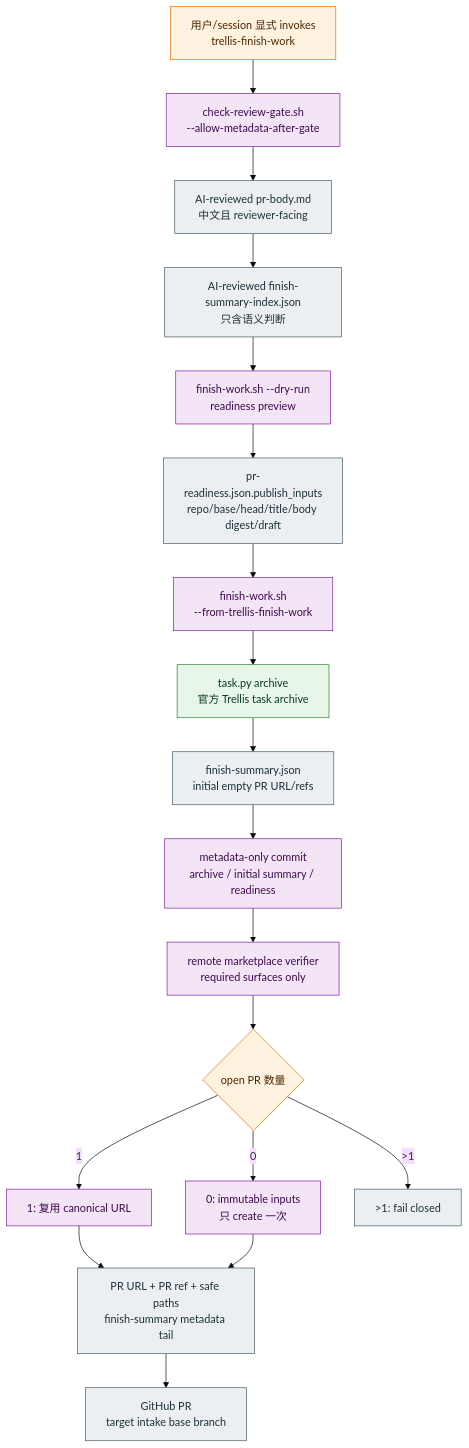
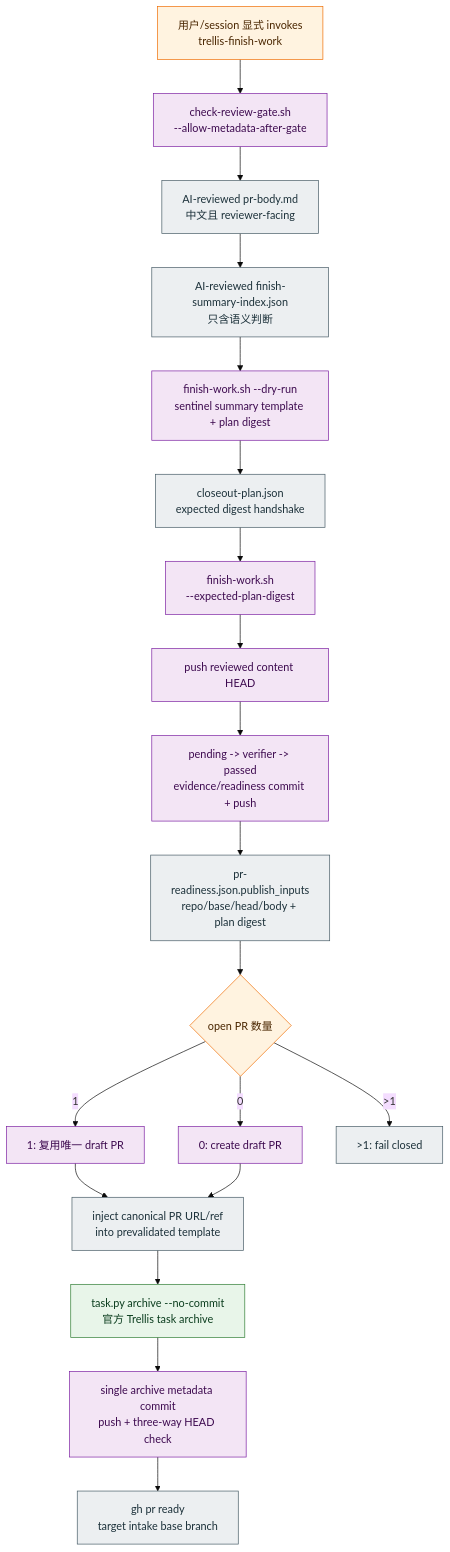
Before and after one commit to castbox/guru-trellis: the sixth of 6 diagrams in docs/requirements/guru-team-trellis-flow.md, drawn with Mermaid (base theme). The commit also changed other lines of this file and 46 other files, not shown here.

First line of the commit message:
fix(workflow): #105 重构 finish-work 收尾事务

````diff
--- a/docs/requirements/guru-team-trellis-flow.md
+++ b/docs/requirements/guru-team-trellis-flow.md
@@ -345,30 +345,31 @@
 ```mermaid
 flowchart TD
   Start["用户/session 显式 invokes<br/>trellis-finish-work"]:::guru
   CheckGate["check-review-gate.sh<br/>--allow-metadata-after-gate"]:::script
   Body["AI-reviewed pr-body.md<br/>中文且 reviewer-facing"]:::artifact
-  Dry["finish-work.sh --dry-run<br/>readiness preview"]:::script
+  Dry["finish-work.sh --dry-run<br/>sentinel summary template + plan digest"]:::script
   Index["AI-reviewed finish-summary-index.json<br/>只含语义判断"]:::artifact
-  Readiness["pr-readiness.json.publish_inputs<br/>repo/base/head/title/body digest/draft"]:::artifact
-  Formal["finish-work.sh<br/>--from-trellis-finish-work"]:::script
-  Archive["task.py archive<br/>官方 Trellis task archive"]:::trellis
-  Initial["finish-summary.json<br/>initial empty PR URL/refs"]:::artifact
-  MetaCommit["metadata-only commit<br/>archive / initial summary / readiness"]:::script
-  Verify["remote marketplace verifier<br/>required surfaces only"]:::script
+  Plan["closeout-plan.json<br/>expected digest handshake"]:::artifact
+  Readiness["pr-readiness.json.publish_inputs<br/>repo/base/head/body + plan digest"]:::artifact
+  Formal["finish-work.sh<br/>--expected-plan-digest"]:::script
+  Content["push reviewed content HEAD"]:::script
+  Verify["pending -> verifier -> passed<br/>evidence/readiness commit + push"]:::script
   Resolve{"open PR 数量"}:::guru
-  Reuse["1: 复用 canonical URL"]:::script
-  Create["0: immutable inputs<br/>只 create 一次"]:::script
+  Reuse["1: 复用唯一 draft PR"]:::script
+  Create["0: create draft PR"]:::script
   Block["&gt;1: fail closed"]:::artifact
-  Tail["PR URL + PR ref + safe paths<br/>finish-summary metadata tail"]:::artifact
-  PR["GitHub PR<br/>target intake base branch"]:::artifact
+  Final["inject canonical PR URL/ref<br/>into prevalidated template"]:::artifact
+  Archive["task.py archive --no-commit<br/>官方 Trellis task archive"]:::trellis
+  MetaCommit["single archive metadata commit<br/>push + three-way HEAD check"]:::script
+  PR["gh pr ready<br/>target intake base branch"]:::artifact
 
-  Start --> CheckGate --> Body --> Index --> Dry --> Readiness --> Formal --> Archive --> Initial --> MetaCommit --> Verify --> Resolve
-  Resolve -->|"1"| Reuse --> Tail --> PR
-  Resolve -->|"0"| Create --> Tail
+  Start --> CheckGate --> Body --> Index --> Dry --> Plan --> Formal --> Content --> Verify --> Readiness --> Resolve
+  Resolve -->|"1"| Reuse --> Final --> Archive --> MetaCommit --> PR
+  Resolve -->|"0"| Create --> Final
   Resolve -->|"&gt;1"| Block
 
   classDef trellis fill:#E8F5E9,stroke:#2E7D32,color:#0B3D1E;
   classDef guru fill:#FFF3E0,stroke:#EF6C00,color:#4A2600;
   classDef script fill:#F3E5F5,stroke:#7B1FA2,color:#3D0A4F;
   classDef artifact fill:#ECEFF1,stroke:#455A64,color:#1C313A;
 ```
````
